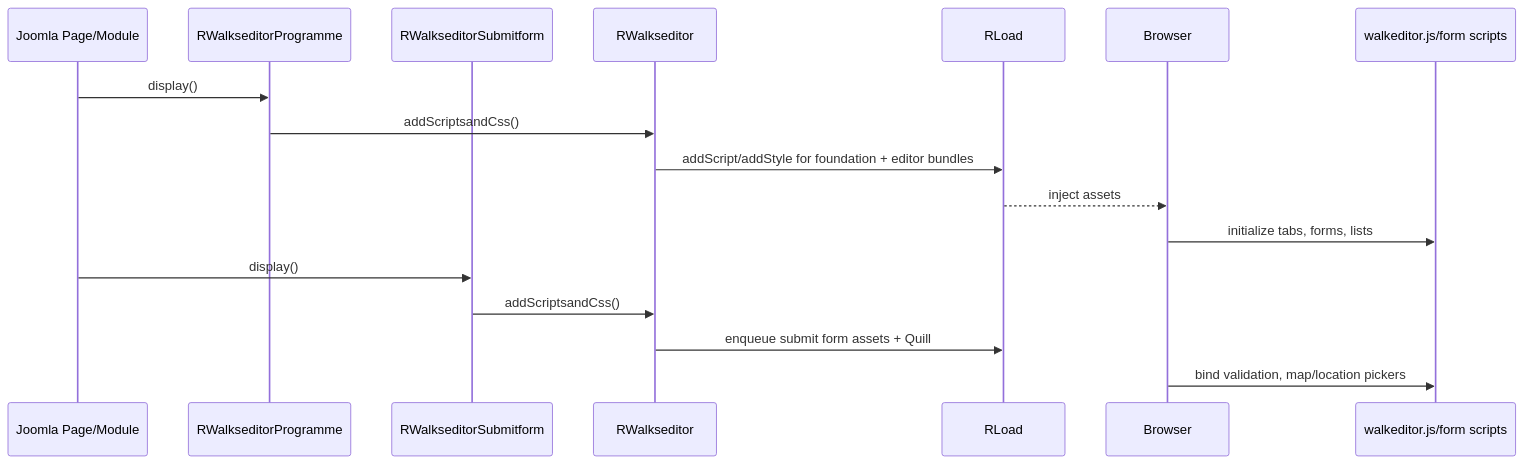
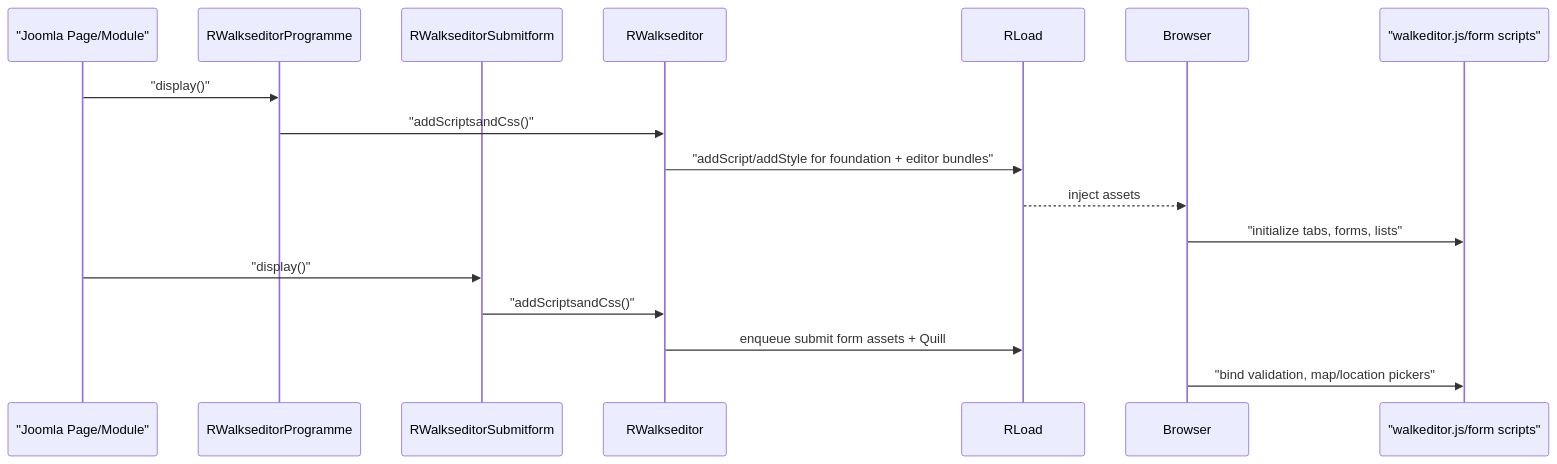
Before and after one commit to pauljrhodes/ramblers-library: the second of 2 diagrams in walkseditor/HLD.md, drawn with Mermaid. The commit also changed other lines of this file and 33 other files, not shown here.

Commit message:
Normalize Mermaid diagrams for GitHub rendering

````diff
--- a/walkseditor/HLD.md
+++ b/walkseditor/HLD.md
@@ -69,21 +69,21 @@
 ```mermaid
 sequenceDiagram
-    participant Joomla as Joomla Page/Module
+    participant Joomla as "Joomla Page/Module"
     participant Programme as RWalkseditorProgramme
     participant Submit as RWalkseditorSubmitform
     participant Loader as RWalkseditor
     participant RLoad as RLoad
     participant Browser as Browser
-    participant ClientJS as walkeditor.js/form scripts
+    participant ClientJS as "walkeditor.js/form scripts"
 
-    Joomla->>Programme: display()
-    Programme->>Loader: addScriptsandCss()
-    Loader->>RLoad: addScript/addStyle for foundation + editor bundles
+    Joomla->>Programme: "display()"
+    Programme->>Loader: "addScriptsandCss()"
+    Loader->>RLoad: "addScript/addStyle for foundation + editor bundles"
     RLoad-->>Browser: inject assets
-    Browser->>ClientJS: initialize tabs, forms, lists
+    Browser->>ClientJS: "initialize tabs, forms, lists"
 
-    Joomla->>Submit: display()
-    Submit->>Loader: addScriptsandCss()
+    Joomla->>Submit: "display()"
+    Submit->>Loader: "addScriptsandCss()"
     Loader->>RLoad: enqueue submit form assets + Quill
-    Browser->>ClientJS: bind validation, map/location pickers
+    Browser->>ClientJS: "bind validation, map/location pickers"
 ```
````
